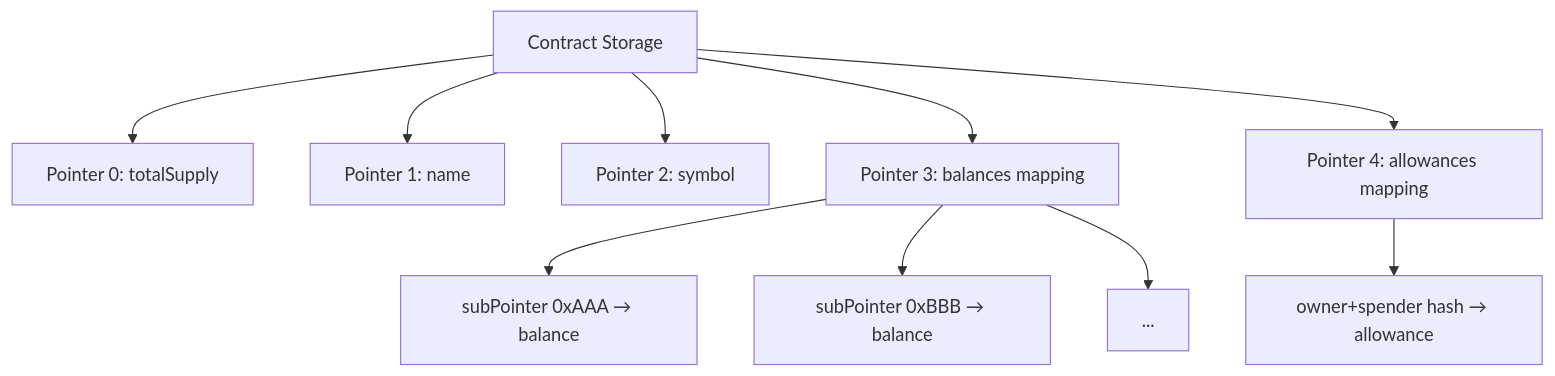
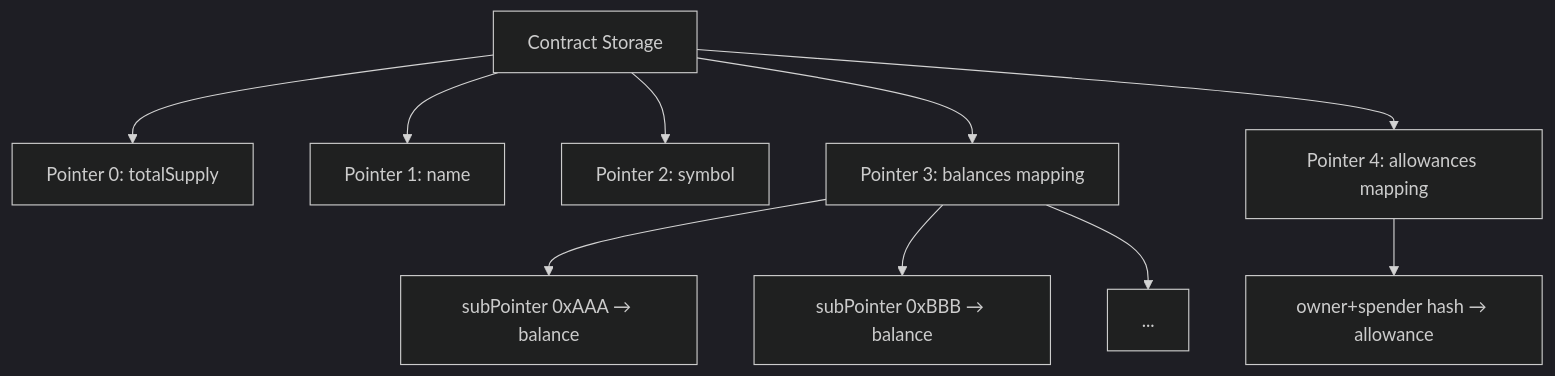
Before and after one commit to btc-vision/btc-runtime: the fourth of 7 diagrams in docs/core-concepts/storage-system.md, drawn with Mermaid. The commit also changed other lines of this file, not shown here.

First line of the commit message:
Set dark theme for Mermaid diagrams in docs

````diff
--- a/docs/core-concepts/storage-system.md
+++ b/docs/core-concepts/storage-system.md
@@ -182,14 +190,18 @@
 ```mermaid
+---
+config:
+  theme: dark
+---
 flowchart TD
     CS[Contract Storage] --> P0["Pointer 0: totalSupply"]
     CS --> P1["Pointer 1: name"]
     CS --> P2["Pointer 2: symbol"]
     CS --> P3["Pointer 3: balances mapping"]
     CS --> P4["Pointer 4: allowances mapping"]
 
     P3 --> S1["subPointer 0xAAA → balance"]
     P3 --> S2["subPointer 0xBBB → balance"]
     P3 --> S3["..."]
 
     P4 --> N1["owner+spender hash → allowance"]
 ```
````
